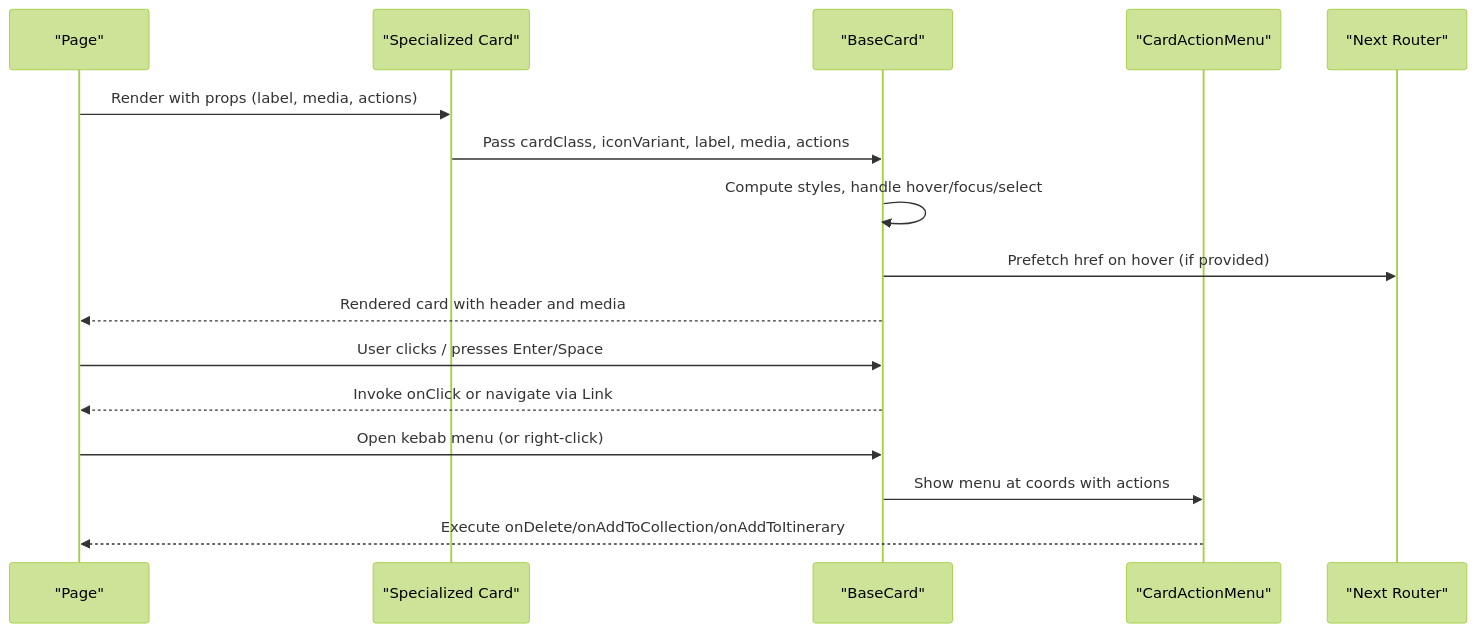
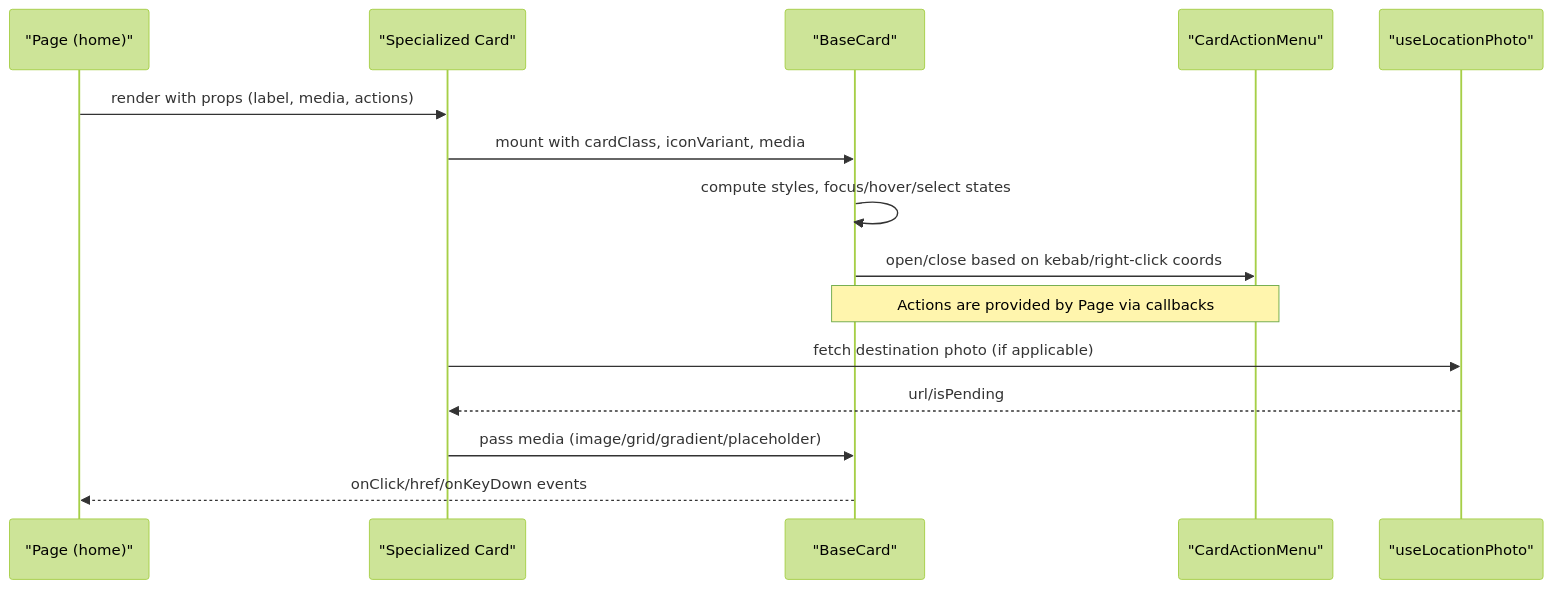
Before and after one commit to Meaetin/alibaba-hackathon: the second of 5 diagrams in .qoder/repowiki/en/content/Component Library/Card Components.md, drawn with Mermaid (forest theme). The commit also changed other lines of this file and 241 other files, not shown here.

````diff
--- a/.qoder/repowiki/en/content/Component Library/Card Components.md
+++ b/.qoder/repowiki/en/content/Component Library/Card Components.md
@@ -124,18 +154,17 @@
 ```mermaid
 sequenceDiagram
-participant Page as "Page"
+participant Page as "Page (home)"
 participant Card as "Specialized Card"
 participant Base as "BaseCard"
 participant Menu as "CardActionMenu"
-participant Router as "Next Router"
-Page->>Card : Render with props (label, media, actions)
-Card->>Base : Pass cardClass, iconVariant, label, media, actions
-Base->>Base : Compute styles, handle hover/focus/select
-Base->>Router : Prefetch href on hover (if provided)
-Base-->>Page : Rendered card with header and media
-Page->>Base : User clicks / presses Enter/Space
-Base-->>Page : Invoke onClick or navigate via Link
-Page->>Base : Open kebab menu (or right-click)
-Base->>Menu : Show menu at coords with actions
-Menu-->>Page : Execute onDelete/onAddToCollection/onAddToItinerary
+participant Hook as "useLocationPhoto"
+Page->>Card : render with props (label, media, actions)
+Card->>Base : mount with cardClass, iconVariant, media
+Base->>Base : compute styles, focus/hover/select states
+Base->>Menu : open/close based on kebab/right-click coords
+Note over Base,Menu : Actions are provided by Page via callbacks
+Card->>Hook : fetch destination photo (if applicable)
+Hook-->>Card : url/isPending
+Card->>Base : pass media (image/grid/gradient/placeholder)
+Base-->>Page : onClick/href/onKeyDown events
 ```
````
